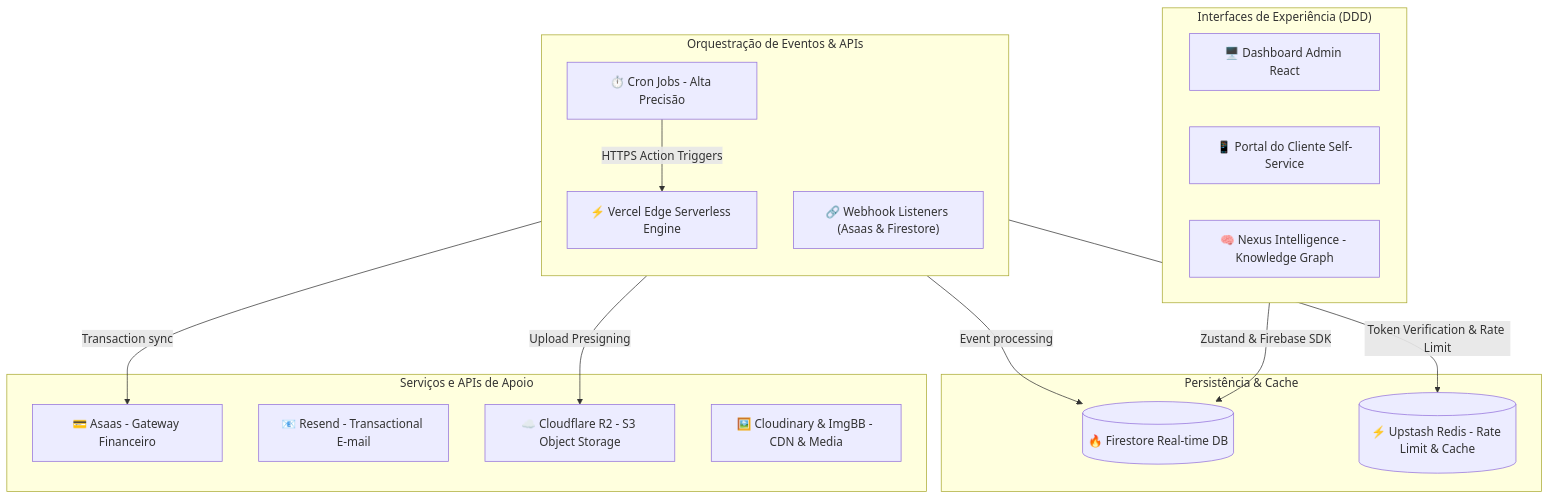
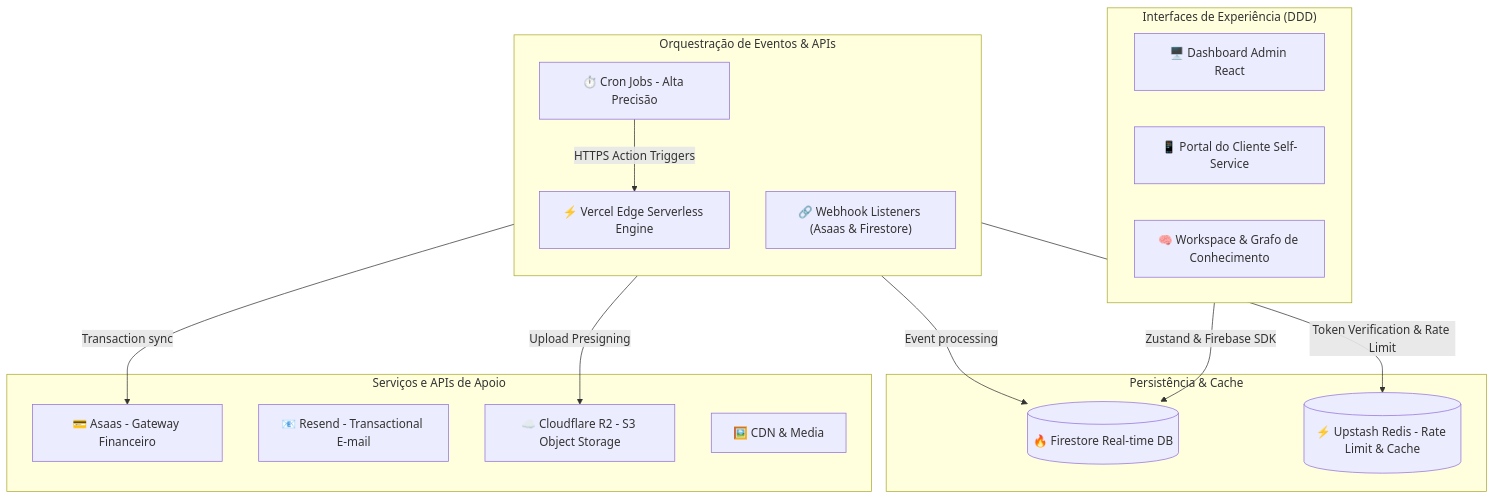
Before and after one commit to josef10000/hubcrm: the diagram in README.md, drawn with Mermaid. The commit also changed other lines of this file and 3 other files, not shown here.

````diff
--- a/README.md
+++ b/README.md
@@ -15,36 +11,36 @@
 ```mermaid
 graph TB
     subgraph Client_Layer ["Interfaces de Experiência (DDD)"]
         direction LR
         Admin["🖥️ Dashboard Admin React"]
         Portal["📱 Portal do Cliente Self-Service"]
-        Nexus["🧠 Nexus Intelligence - Knowledge Graph"]
+        Nexus["🧠 Workspace & Grafo de Conhecimento"]
     end
 
     subgraph Automation_Orchestra ["Orquestração de Eventos & APIs"]
         direction TB
         Vercel["⚡ Vercel Edge Serverless Engine"]
         Cron["⏱️ Cron Jobs - Alta Precisão"]
         Webhooks["🔗 Webhook Listeners (Asaas & Firestore)"]
     end
 
     subgraph Data_Persistence ["Persistência & Cache"]
         Firestore[("🔥 Firestore Real-time DB")]
         Redis[("⚡ Upstash Redis - Rate Limit & Cache")]
     end
 
     subgraph Infrastructure_Providers ["Serviços e APIs de Apoio"]
         Asaas["💳 Asaas - Gateway Financeiro"]
         Resend["📧 Resend - Transactional E-mail"]
         R2["☁️ Cloudflare R2 - S3 Object Storage"]
-        CDN["🖼️ Cloudinary & ImgBB - CDN & Media"]
+        CDN["🖼️ CDN & Media"]
     end
 
     %% Fluxos Principais
     Client_Layer -- "Zustand & Firebase SDK" --> Firestore
     Cron -- "HTTPS Action Triggers" --> Vercel
     Vercel -- "Transaction sync" --> Asaas
     Vercel -- "Event processing" --> Firestore
     Vercel -- "Token Verification & Rate Limit" --> Redis
     Vercel -- "Upload Presigning" --> R2
 ```
````
